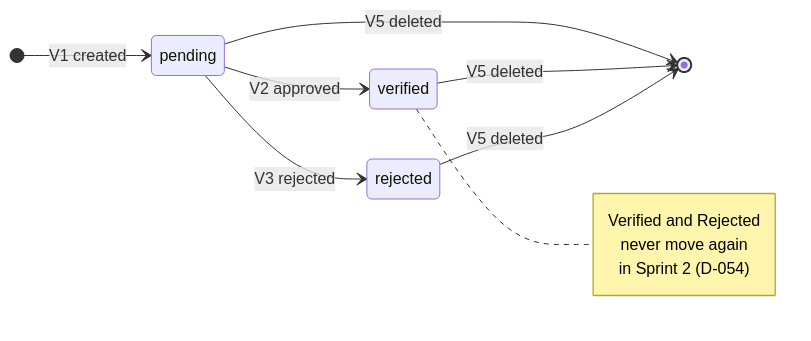
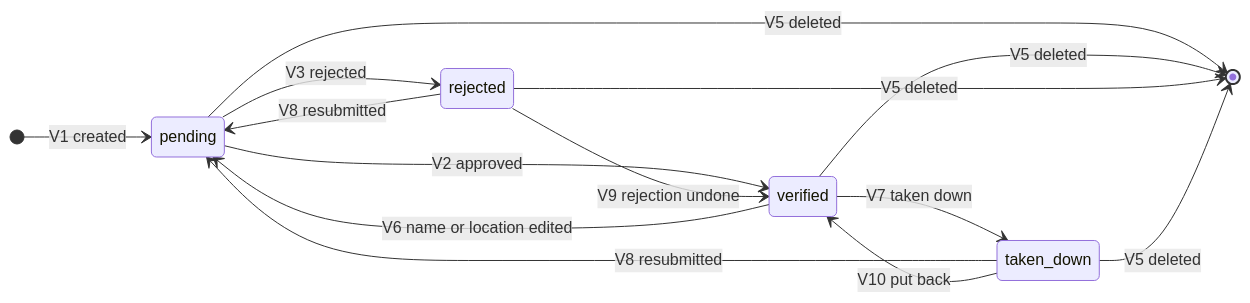
Before and after one commit to dreeyanzz/studyhub: the diagram in docs/flows/space-verification.md, drawn with Mermaid. The commit also changed other lines of this file and 7 other files, not shown here.

First line of the commit message:
docs(STORY-00): change the space verification flow for sprint 3 (#346)

````diff
--- a/docs/flows/space-verification.md
+++ b/docs/flows/space-verification.md
@@ -40,15 +57,17 @@
 ```mermaid
 stateDiagram-v2
     direction LR
     [*] --> pending: V1 created
     pending --> verified: V2 approved
     pending --> rejected: V3 rejected
+    verified --> pending: V6 name or location edited
+    verified --> taken_down: V7 taken down
+    rejected --> pending: V8 resubmitted
+    taken_down --> pending: V8 resubmitted
+    rejected --> verified: V9 rejection undone
+    taken_down --> verified: V10 put back
     pending --> [*]: V5 deleted
     verified --> [*]: V5 deleted
     rejected --> [*]: V5 deleted
-    note right of verified
-        Verified and Rejected
-        never move again
-        in Sprint 2 (D-054)
-    end note
+    taken_down --> [*]: V5 deleted
 ```
````
